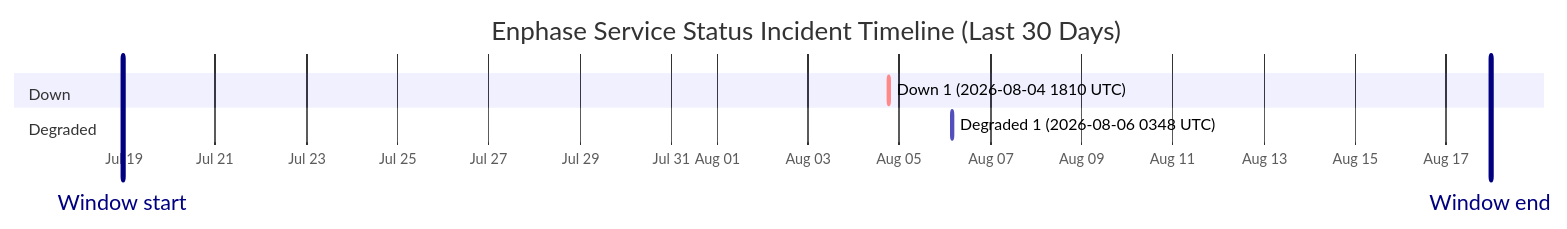
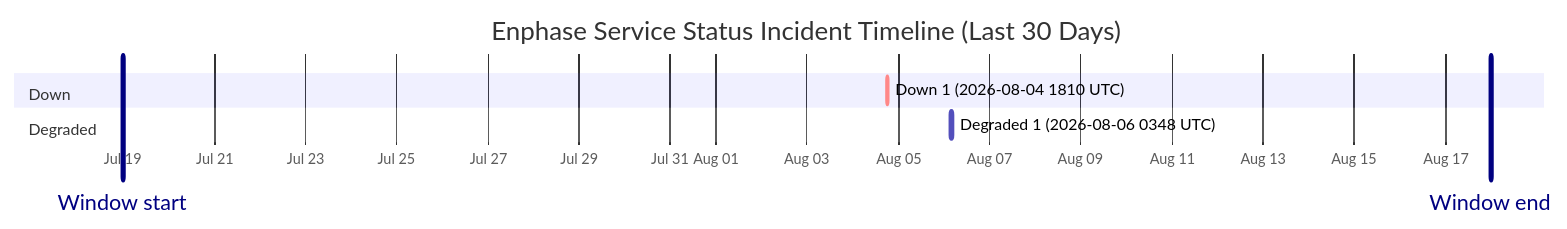
The diagram in wiki/Service-Status-History.md (barneyonline/ha-enphase-energy), drawn with Mermaid before and after one commit. The commit also changed other lines of this file and 3 other files, not shown here.

````diff
--- a/wiki/Service-Status-History.md
+++ b/wiki/Service-Status-History.md
@@ -14,12 +14,12 @@
 ```mermaid
 gantt
     title Enphase Service Status Incident Timeline (Last 30 Days)
     dateFormat  YYYY-MM-DDTHH:mm:ss
     axisFormat  %b %d
-    Window start :vert, window-start, 2026-07-18T23:20:28, 0ms
-    Window end :vert, window-end, 2026-08-17T23:20:28, 0ms
+    Window start :vert, window-start, 2026-07-18T23:46:08, 0ms
+    Window end :vert, window-end, 2026-08-17T23:46:08, 0ms
     section Down
     Down 1 (2026-08-04 1810 UTC) :crit, down-1, 2026-08-04T18:10:46, 60m
     section Degraded
     Degraded 1 (2026-08-06 0348 UTC) :active, degraded-1, 2026-08-06T03:48:14, 60m
 ```
````
